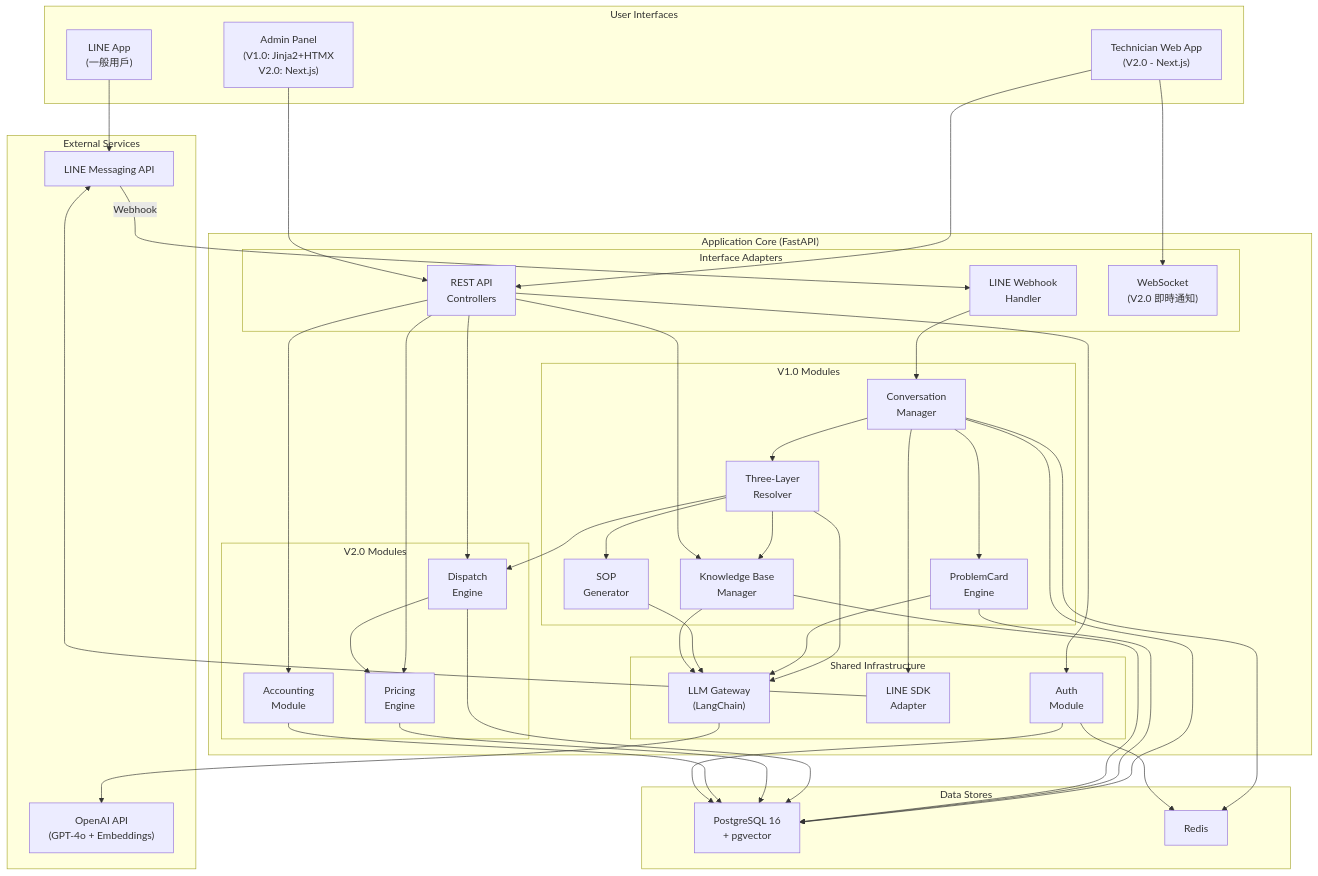
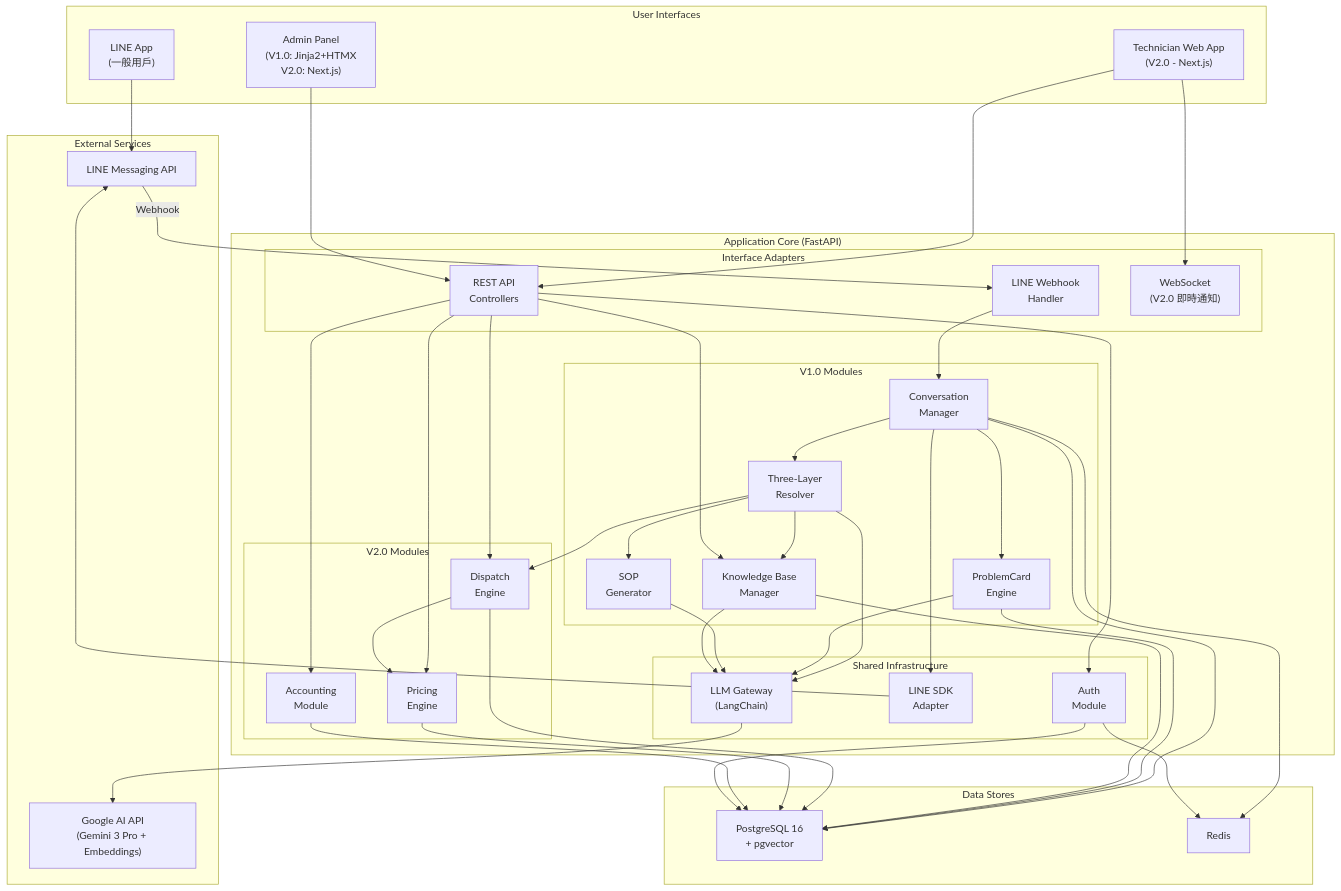
Before and after one commit to Zenobia000/Smart-Lock_AI_Support_Service_Dispatch_SaaS_Platform: the sixth of 11 diagrams in docs/05_architecture_and_design_document.md, drawn with Mermaid. The commit also changed other lines of this file and 7 other files, not shown here.

First line of the commit message:
docs: migrate LLM provider from OpenAI GPT-4o to Google Gemini 3 Pro

```diff
--- a/docs/05_architecture_and_design_document.md
+++ b/docs/05_architecture_and_design_document.md
@@ -507,7 +507,7 @@
 
     subgraph "External Services"
         LINE_MsgAPI["LINE Messaging API"]
-        OpenAI_API["OpenAI API<br/>(GPT-4o + Embeddings)"]
+        Google_AI_API["Google AI API<br/>(Gemini 3 Pro + Embeddings)"]
     end
 
     subgraph "Application Core (FastAPI)"
@@ -564,7 +564,7 @@
     PCARD --> LLM_GW
     SOP --> LLM_GW
     KB --> LLM_GW
-    LLM_GW --> OpenAI_API
+    LLM_GW --> Google_AI_API
 
     REST_API --> KB
     REST_API --> DISPATCH
```
